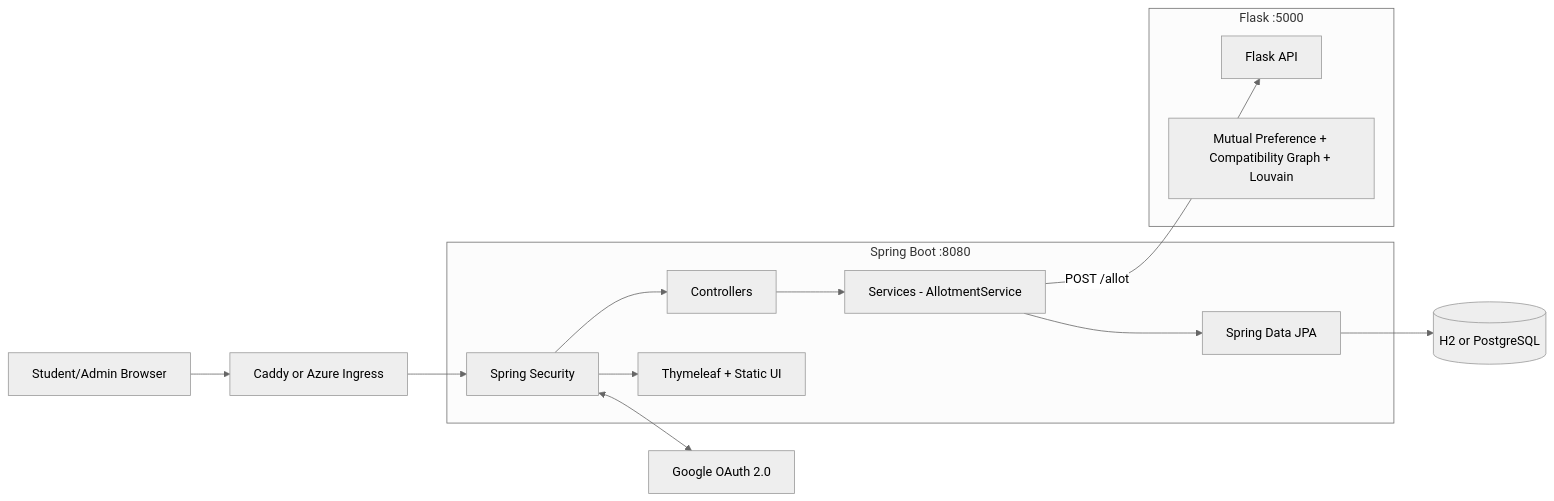
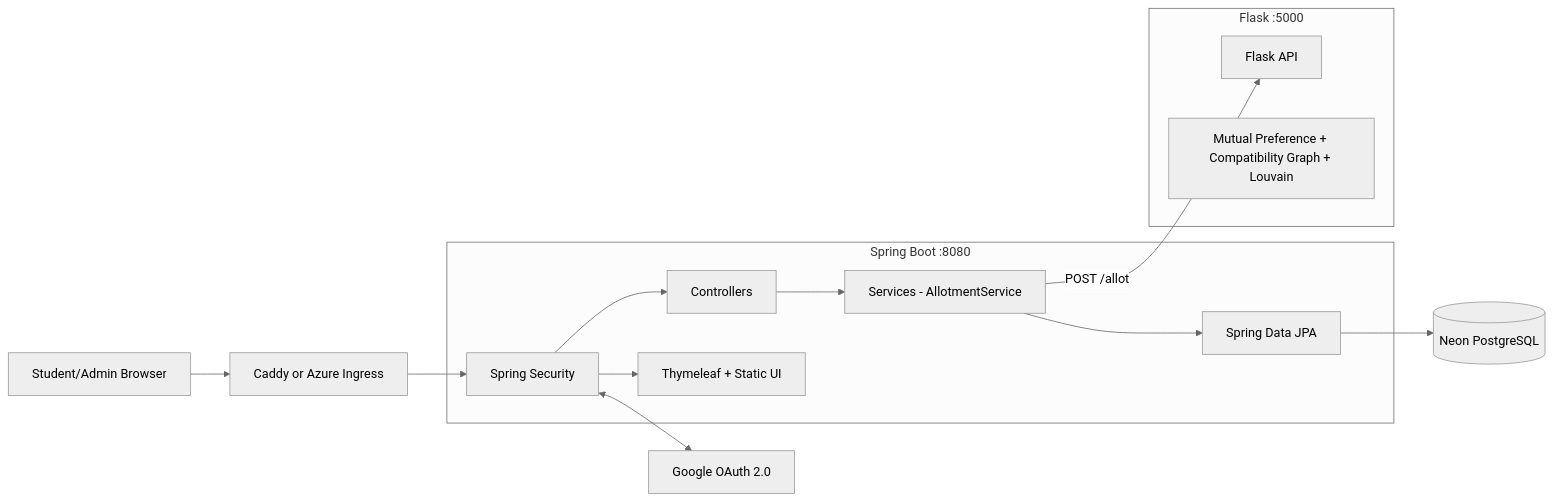
The first of 3 diagrams in readme.md (Mohit-R-04/StableRoomie), drawn with Mermaid (neutral theme) before and after one commit. The commit also changed other lines of this file and 23 other files, not shown here.

````diff
--- a/readme.md
+++ b/readme.md
@@ -142,31 +140,31 @@
 ```mermaid
 flowchart LR
     U[Student/Admin Browser]
     G[Google OAuth 2.0]
     C[Caddy or Azure Ingress]
 
     subgraph JAVA[Spring Boot :8080]
         SEC[Spring Security]
         MVC[Controllers]
         SVC[Services - AllotmentService]
         JPA[Spring Data JPA]
         UI[Thymeleaf + Static UI]
     end
 
     subgraph PY[Flask :5000]
         API[Flask API]
         MATCH[Mutual Preference + Compatibility Graph + Louvain]
     end
 
-    DB[(H2 or PostgreSQL)]
+    DB[(Neon PostgreSQL)]
 
     U --> C
     C --> SEC
     SEC --> UI
     SEC --> MVC
     SEC <--> G
     MVC --> SVC
     SVC --> JPA
     JPA --> DB
     SVC -->|POST /allot| API
 ```
````
